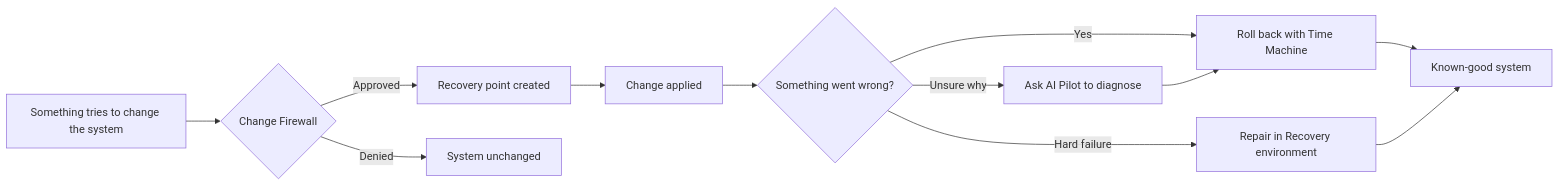
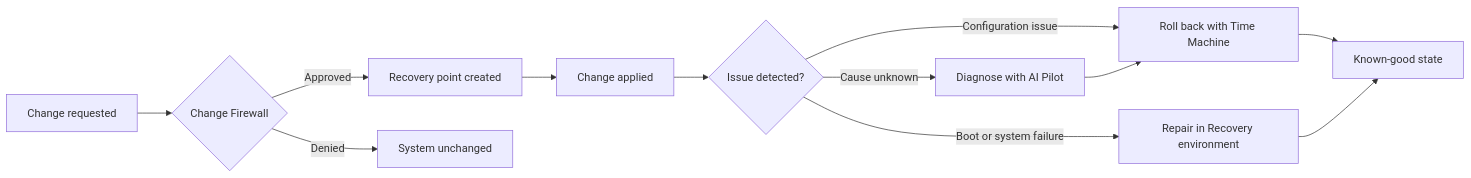
The diagram in README.md (HeldoOS/Heldo-Linux-OS), drawn with Mermaid before and after one commit. The commit also changed other lines of this file, not shown here.

````diff
--- a/README.md
+++ b/README.md
@@ -109,14 +114,14 @@
 ```mermaid
 flowchart LR
-    A[Something tries to change the system] --> B{Change Firewall}
+    A[Change requested] --> B{Change Firewall}
     B -- Approved --> C[Recovery point created]
     C --> D[Change applied]
     B -- Denied --> E[System unchanged]
-    D --> F{Something went wrong?}
-    F -- Yes --> G[Roll back with Time Machine]
-    F -- Hard failure --> H[Repair in Recovery environment]
-    F -- Unsure why --> I[Ask AI Pilot to diagnose]
-    G --> J[Known-good system]
+    D --> F{Issue detected?}
+    F -- Configuration issue --> G[Roll back with Time Machine]
+    F -- Boot or system failure --> H[Repair in Recovery environment]
+    F -- Cause unknown --> I[Diagnose with AI Pilot]
+    G --> J[Known-good state]
     H --> J
     I --> G
 ```
````
